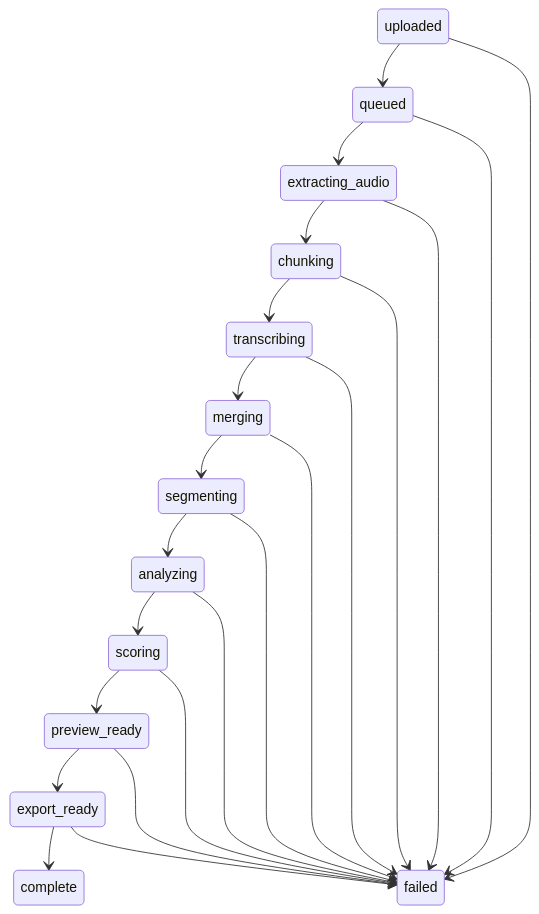
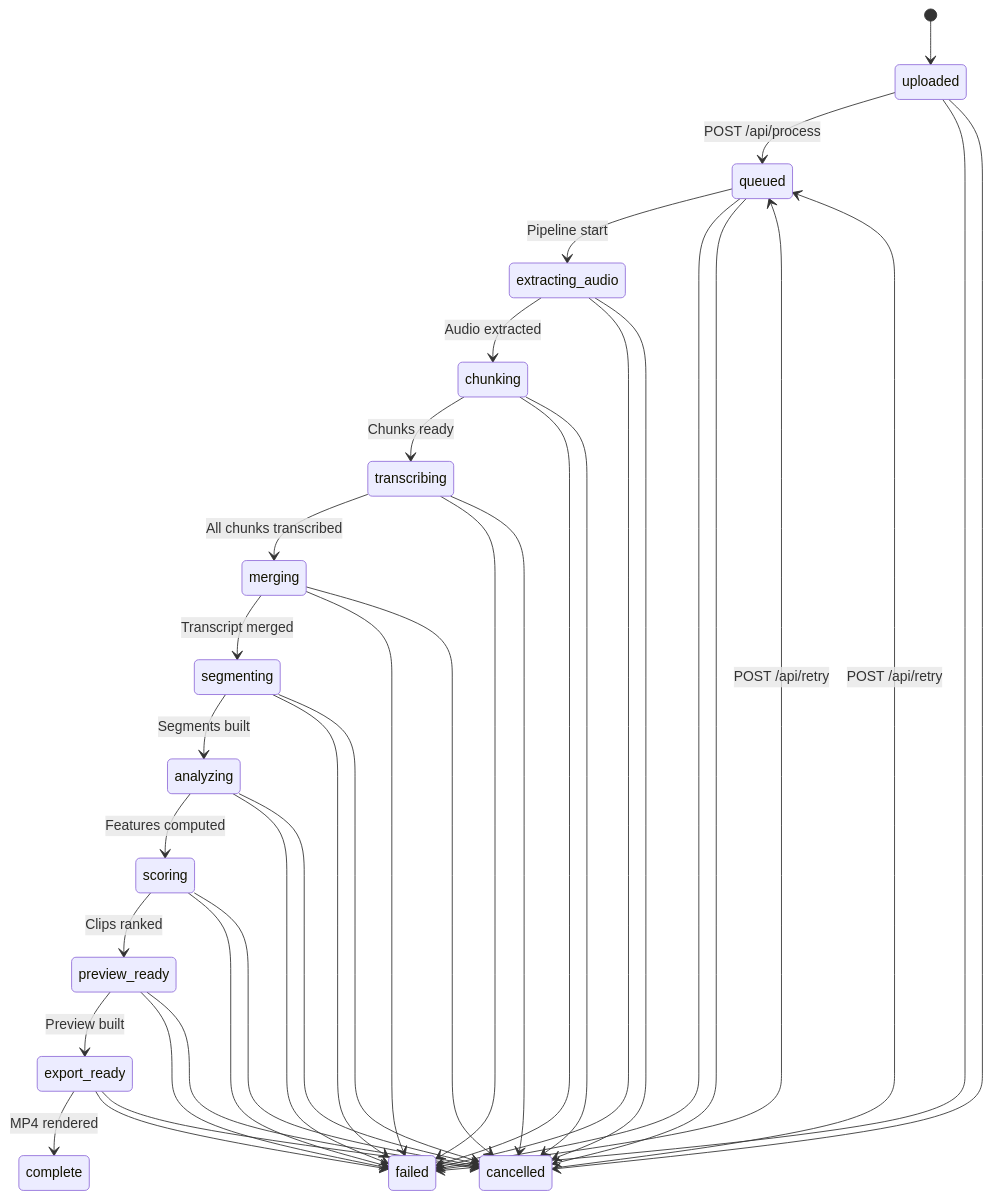
One commit to samm329-ui/Trimora_v2 changed the third of 7 diagrams in README.md. Above: the diagram before and after it, drawn with Mermaid. The commit also changed other lines of this file, not shown here.

Commit message:
docs: comprehensive README with Mermaid diagrams, API reference, and MIT license

````diff
--- a/README.md
+++ b/README.md
@@ -254,39 +238,44 @@
 ```mermaid
 stateDiagram-v2
+    [*] --> uploaded
+    uploaded --> queued : POST /api/process
+    queued --> extracting_audio : Pipeline start
 
-uploaded --> queued
+    extracting_audio --> chunking : Audio extracted
+    chunking --> transcribing : Chunks ready
+    transcribing --> merging : All chunks transcribed
+    merging --> segmenting : Transcript merged
+    segmenting --> analyzing : Segments built
+    analyzing --> scoring : Features computed
+    scoring --> preview_ready : Clips ranked
+    preview_ready --> export_ready : Preview built
+    export_ready --> complete : MP4 rendered
 
-queued --> extracting_audio
+    uploaded --> failed
+    queued --> failed
+    extracting_audio --> failed
+    chunking --> failed
+    transcribing --> failed
+    merging --> failed
+    segmenting --> failed
+    analyzing --> failed
+    scoring --> failed
+    preview_ready --> failed
+    export_ready --> failed
 
-extracting_audio --> chunking
+    failed --> queued : POST /api/retry
 
-chunking --> transcribing
+    uploaded --> cancelled
+    queued --> cancelled
+    extracting_audio --> cancelled
+    chunking --> cancelled
+    transcribing --> cancelled
+    merging --> cancelled
+    segmenting --> cancelled
+    analyzing --> cancelled
+    scoring --> cancelled
+    preview_ready --> cancelled
+    export_ready --> cancelled
 
-transcribing --> merging
-
-merging --> segmenting
-
-segmenting --> analyzing
-
-analyzing --> scoring
-
-scoring --> preview_ready
-
-preview_ready --> export_ready
-
-export_ready --> complete
-
-state failed
-
-uploaded --> failed
-queued --> failed
-extracting_audio --> failed
-chunking --> failed
-transcribing --> failed
-merging --> failed
-segmenting --> failed
-analyzing --> failed
-scoring --> failed
-preview_ready --> failed
-export_ready --> failed
+    cancelled --> queued : POST /api/retry
 ```
````
